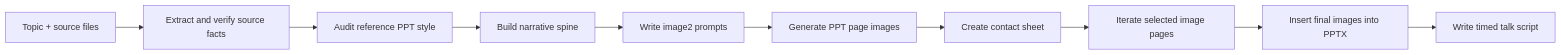
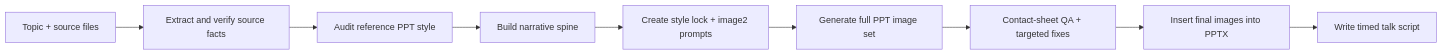
One commit to uuoov/ppt-image-share-builder changed the diagram in README.md. Above: the diagram before and after it, drawn with Mermaid. The commit also changed other lines of this file and 6 other files, not shown here.

````diff
--- a/README.md
+++ b/README.md
@@ -54,12 +54,11 @@
 ```mermaid
 flowchart LR
   A["Topic + source files"] --> B["Extract and verify source facts"]
   B --> C["Audit reference PPT style"]
   C --> D["Build narrative spine"]
-  D --> E["Write image2 prompts"]
-  E --> F["Generate PPT page images"]
-  F --> G["Create contact sheet"]
-  G --> H["Iterate selected image pages"]
-  H --> I["Insert final images into PPTX"]
-  I --> J["Write timed talk script"]
+  D --> E["Create style lock + image2 prompts"]
+  E --> F["Generate full PPT image set"]
+  F --> G["Contact-sheet QA + targeted fixes"]
+  G --> H["Insert final images into PPTX"]
+  H --> I["Write timed talk script"]
 ```
````
